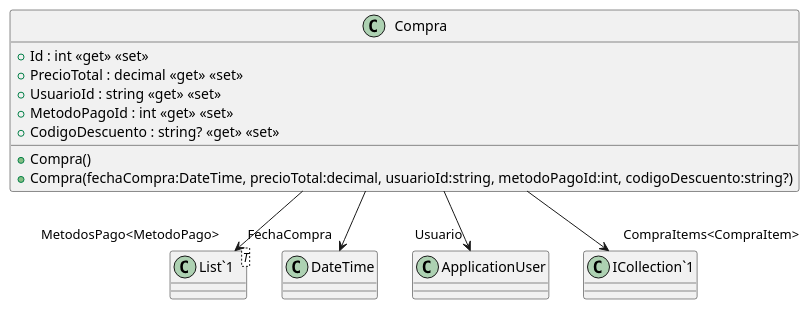
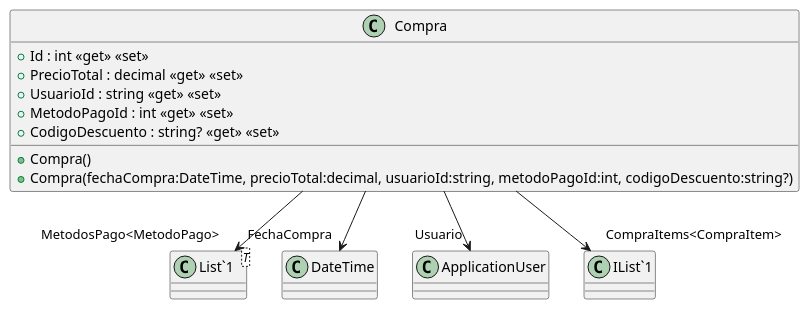
The diagram in src/AppForSEII.API/ClassDiagram/Compra.puml (ISII2627NeedMoneyForMac/ISII2627NeedMoneyForMac), drawn with PlantUML before and after one commit. The commit also changed 17 other files, not shown here.

```diff
--- a/src/AppForSEII.API/ClassDiagram/Compra.puml
+++ b/src/AppForSEII.API/ClassDiagram/Compra.puml
@@ -1,17 +1,17 @@
 @startuml
 class Compra {
     + Compra()
     + Compra(fechaCompra:DateTime, precioTotal:decimal, usuarioId:string, metodoPagoId:int, codigoDescuento:string?)
     + Id : int <<get>> <<set>>
     + PrecioTotal : decimal <<get>> <<set>>
     + UsuarioId : string <<get>> <<set>>
     + MetodoPagoId : int <<get>> <<set>>
     + CodigoDescuento : string? <<get>> <<set>>
 }
 class "List`1"<T> {
 }
 Compra --> "FechaCompra" DateTime
 Compra --> "Usuario" ApplicationUser
 Compra --> "MetodosPago<MetodoPago>" "List`1"
-Compra --> "CompraItems<CompraItem>" "ICollection`1"
+Compra --> "CompraItems<CompraItem>" "IList`1"
 @enduml
```
